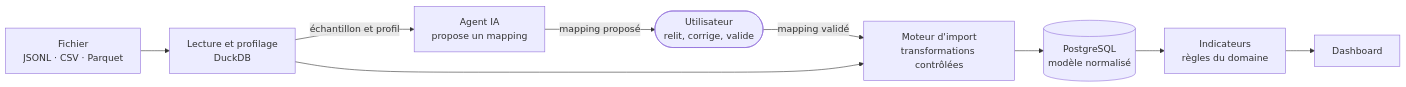
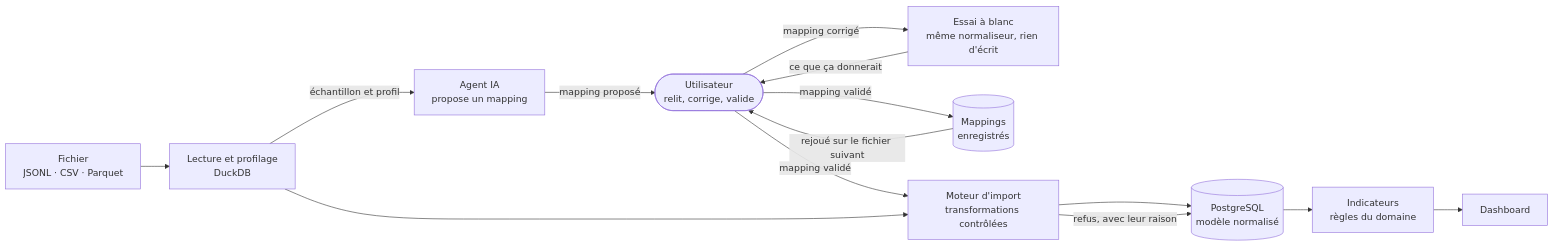
Before and after one commit to SoufianeBenmouhoub/Projet-AgentScope: the third of 3 diagrams in docs/architecture.md, drawn with Mermaid. The commit also changed other lines of this file and 75 other files, not shown here.

First line of the commit message:
docs(archi): remet le schema d'architecture au niveau du code livre

````diff
--- a/docs/architecture.md
+++ b/docs/architecture.md
@@ -99,20 +115,27 @@
 ```mermaid
 flowchart LR
     file["Fichier<br/>JSONL · CSV · Parquet"]
     duck["Lecture et profilage<br/>DuckDB"]
     agent["Agent IA<br/>propose un mapping"]
     user(["Utilisateur<br/>relit, corrige, valide"])
+    dry["Essai à blanc<br/>même normaliseur, rien d'écrit"]
+    store[("Mappings<br/>enregistrés")]
     engine["Moteur d'import<br/>transformations contrôlées"]
     db[("PostgreSQL<br/>modèle normalisé")]
     metrics["Indicateurs<br/>règles du domaine"]
     dash["Dashboard"]
 
     file --> duck
     duck -->|échantillon et profil| agent
     agent -->|mapping proposé| user
+    user -->|mapping corrigé| dry
+    dry -->|ce que ça donnerait| user
+    user -->|mapping validé| store
+    store -->|rejoué sur le fichier suivant| user
     user -->|mapping validé| engine
     duck --> engine
     engine --> db
+    engine -->|refus, avec leur raison| db
     db --> metrics
     metrics --> dash
 ```
````
